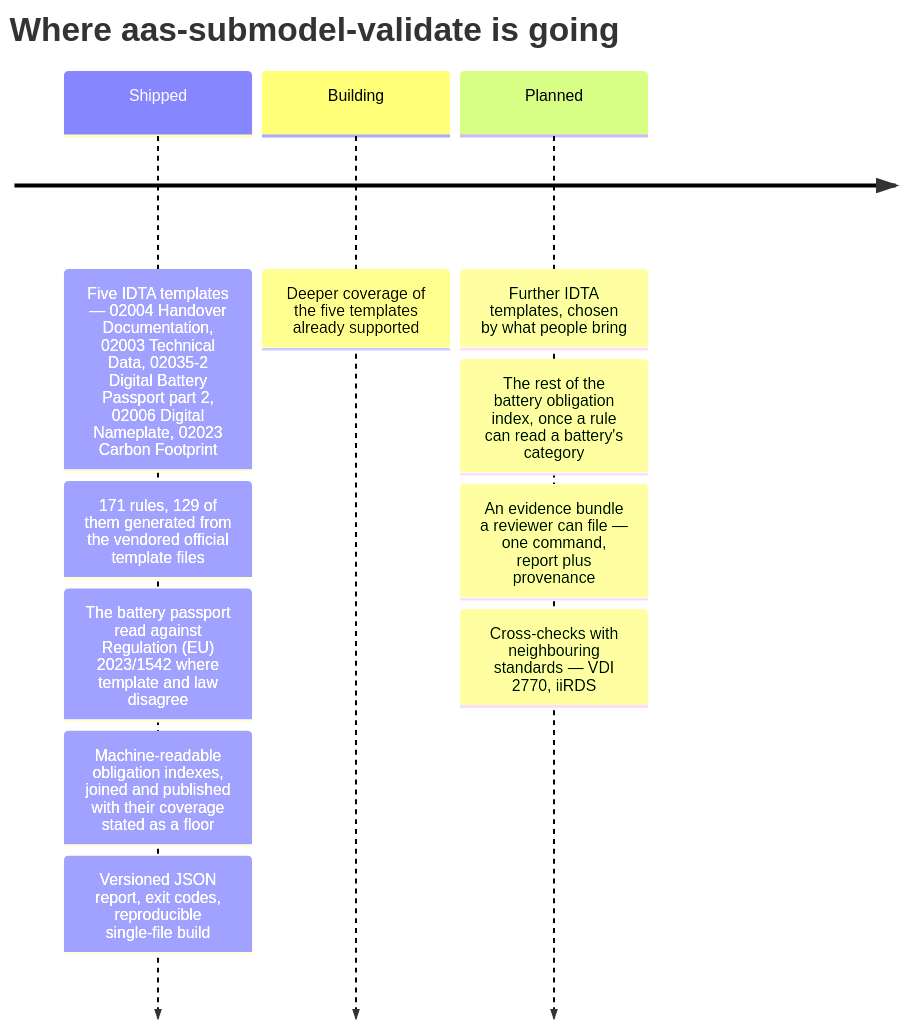
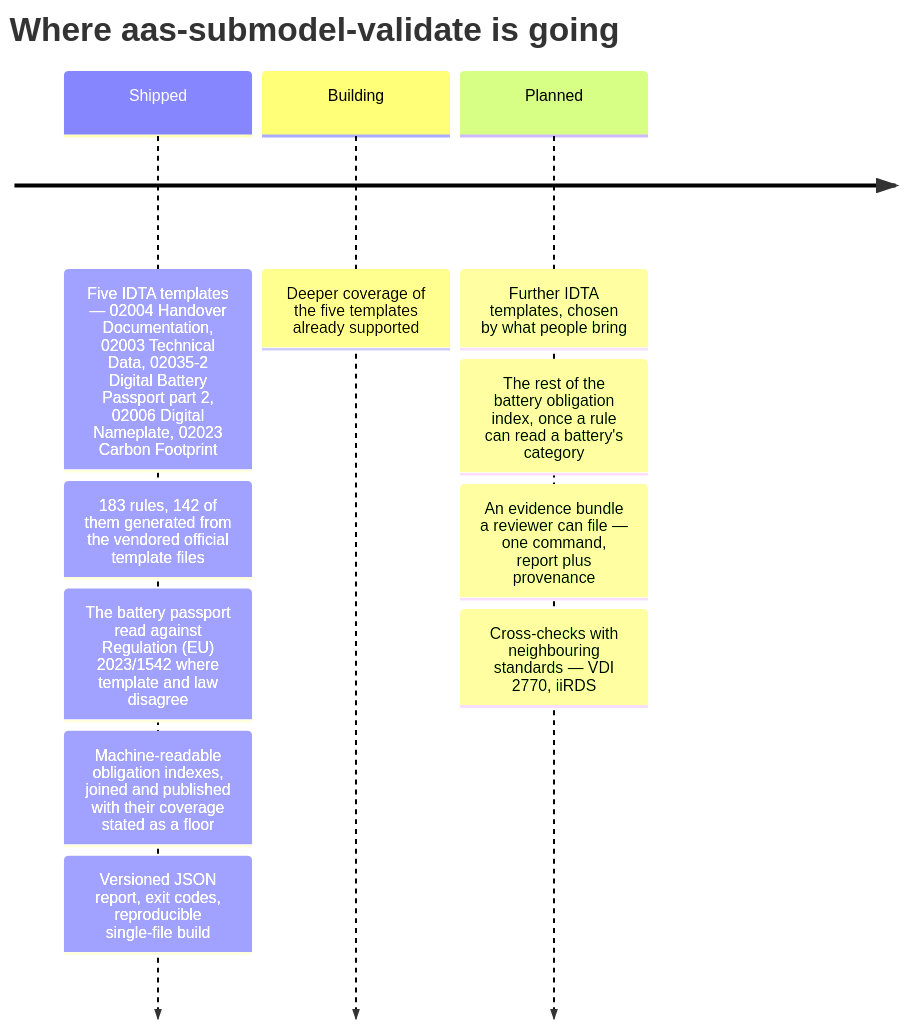
One commit to dev365code/aas-submodel-validate changed the second of 2 diagrams in README.md. Above: the diagram before and after it, drawn with Mermaid. The commit also changed other lines of this file and 13 other files, not shown here.

````diff
--- a/README.md
+++ b/README.md
@@ -267,14 +267,14 @@
 ```mermaid
 timeline
     title Where aas-submodel-validate is going
     Shipped : Five IDTA templates — 02004 Handover Documentation, 02003 Technical Data, 02035-2 Digital Battery Passport part 2, 02006 Digital Nameplate, 02023 Carbon Footprint
-            : 171 rules, 129 of them generated from the vendored official template files
+            : 183 rules, 142 of them generated from the vendored official template files
             : The battery passport read against Regulation (EU) 2023/1542 where template and law disagree
             : Machine-readable obligation indexes, joined and published with their coverage stated as a floor
             : Versioned JSON report, exit codes, reproducible single-file build
     Building : Deeper coverage of the five templates already supported
     Planned : Further IDTA templates, chosen by what people bring
             : The rest of the battery obligation index, once a rule can read a battery's category
             : An evidence bundle a reviewer can file — one command, report plus provenance
             : Cross-checks with neighbouring standards — VDI 2770, iiRDS
 ```
````
